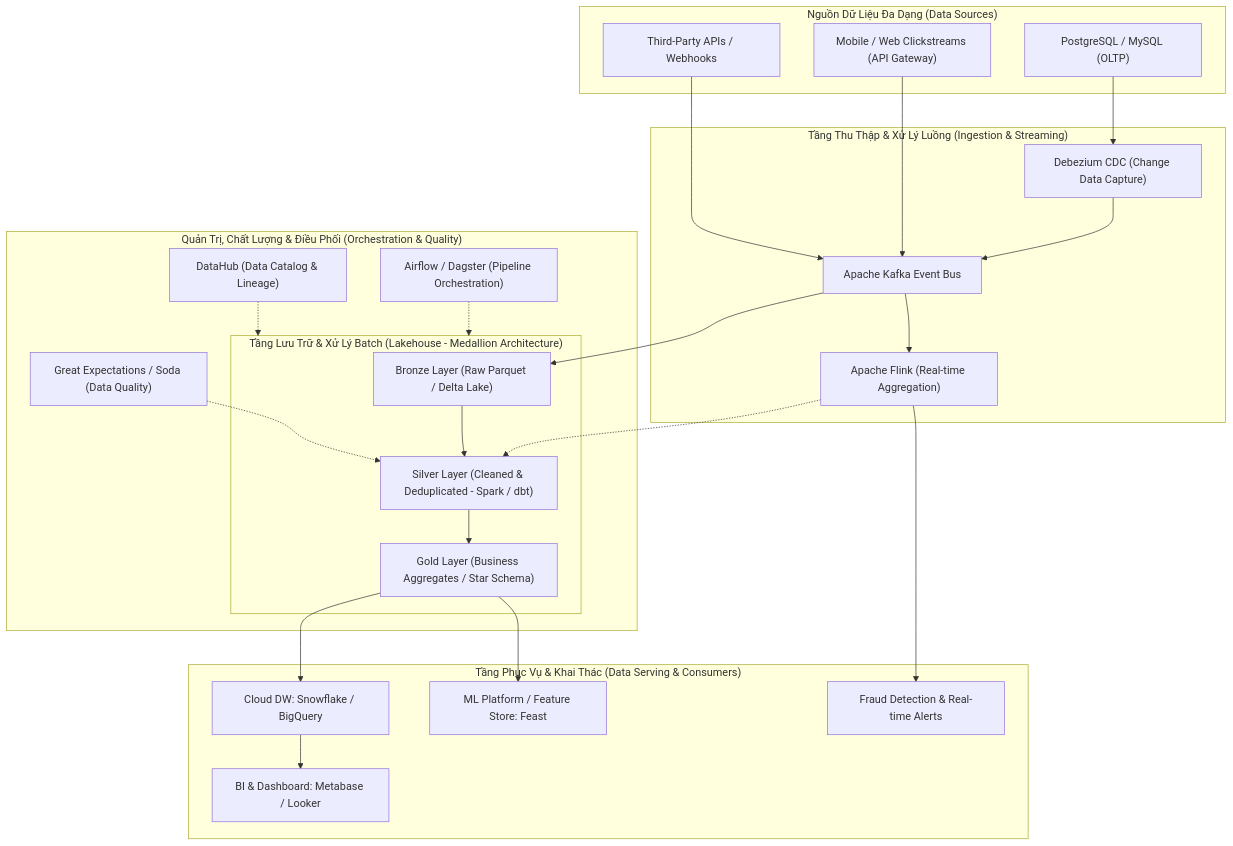
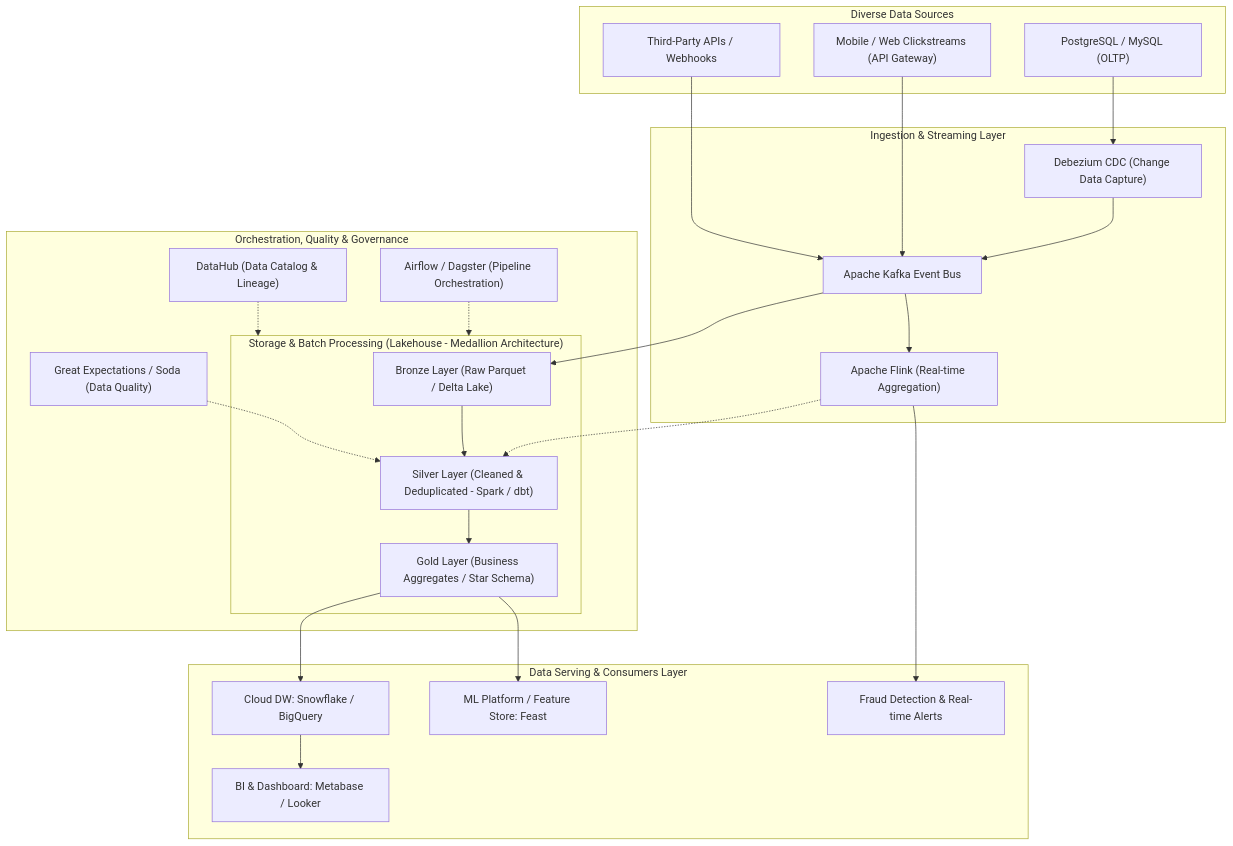
Before and after one commit to ga2631/ga2631.github.io: the diagram in src/data/blog/en/55-2026-09-11-demystifying-data-engineering-competency-map-modern-data-stack-roadmap.md, drawn with Mermaid. The commit also changed other lines of this file and 74 other files, not shown here.

````diff
--- a/src/data/blog/en/55-2026-09-11-demystifying-data-engineering-competency-map-modern-data-stack-roadmap.md
+++ b/src/data/blog/en/55-2026-09-11-demystifying-data-engineering-competency-map-modern-data-stack-roadmap.md
@@ -81,50 +81,50 @@
 ```mermaid
 flowchart TD
-    subgraph DataSources ["Nguồn Dữ Liệu Đa Dạng (Data Sources)"]
+    subgraph DataSources ["Diverse Data Sources"]
         DB["PostgreSQL / MySQL (OLTP)"]
         Logs["Mobile / Web Clickstreams (API Gateway)"]
         ThirdParty["Third-Party APIs / Webhooks"]
     end
 
-    subgraph IngestionStream ["Tầng Thu Thập & Xử Lý Luồng (Ingestion & Streaming)"]
+    subgraph IngestionStream ["Ingestion & Streaming Layer"]
         CDC["Debezium CDC (Change Data Capture)"]
         Kafka["Apache Kafka Event Bus"]
         Flink["Apache Flink (Real-time Aggregation)"]
 
         DB --> CDC --> Kafka
         Logs --> Kafka
         ThirdParty --> Kafka
         Kafka --> Flink
     end
 
-    subgraph LakehouseStorage ["Tầng Lưu Trữ & Xử Lý Batch (Lakehouse - Medallion Architecture)"]
+    subgraph LakehouseStorage ["Storage & Batch Processing (Lakehouse - Medallion Architecture)"]
         Bronze["Bronze Layer (Raw Parquet / Delta Lake)"]
         Silver["Silver Layer (Cleaned & Deduplicated - Spark / dbt)"]
         Gold["Gold Layer (Business Aggregates / Star Schema)"]
 
         Kafka --> Bronze
         Flink -.-> Silver
         Bronze --> Silver --> Gold
     end
 
-    subgraph ServingLayer ["Tầng Phục Vụ & Khai Thác (Data Serving & Consumers)"]
+    subgraph ServingLayer ["Data Serving & Consumers Layer"]
         DW["Cloud DW: Snowflake / BigQuery"]
         BI["BI & Dashboard: Metabase / Looker"]
         ML["ML Platform / Feature Store: Feast"]
         RealtimeApp["Fraud Detection & Real-time Alerts"]
 
         Gold --> DW --> BI
         Gold --> ML
         Flink --> RealtimeApp
     end
 
-    subgraph Governance ["Quản Trị, Chất Lượng & Điều Phối (Orchestration & Quality)"]
+    subgraph Governance ["Orchestration, Quality & Governance"]
         Airflow["Airflow / Dagster (Pipeline Orchestration)"]
         GreatExp["Great Expectations / Soda (Data Quality)"]
         Datahub["DataHub (Data Catalog & Lineage)"]
 
         Airflow -.-> LakehouseStorage
         GreatExp -.-> Silver
         Datahub -.-> LakehouseStorage
     end
 ```
````
